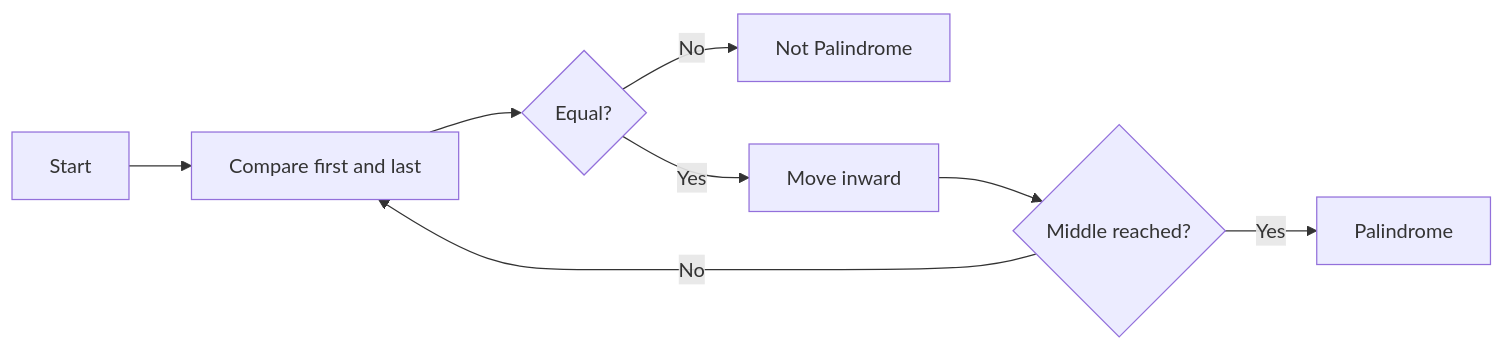
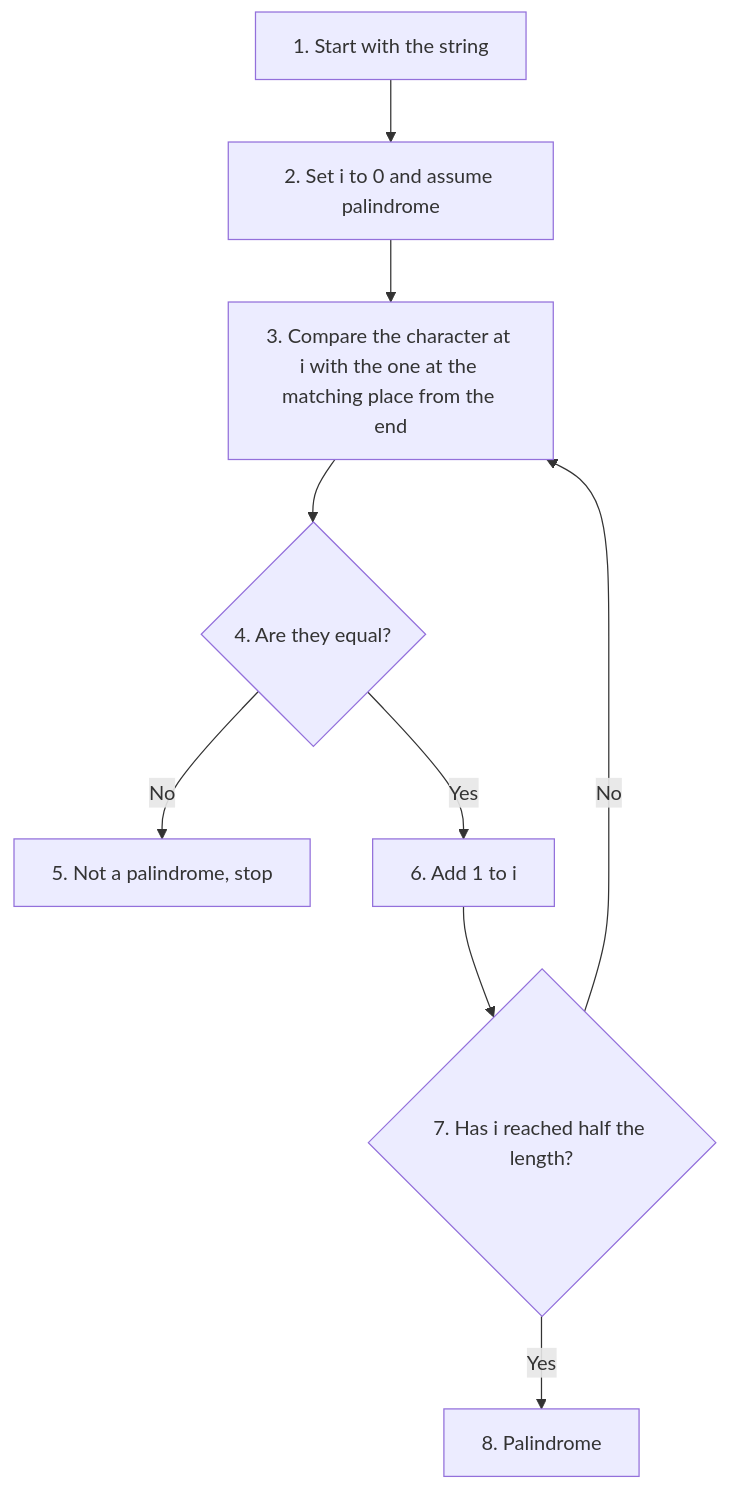
One commit to ag999git/001-mkdocs changed diagram 15 of 18 in docs/17-strings/080-ch17-conceptual-qa.md. Above: the diagram before and after it, drawn with Mermaid. The commit also changed other lines of this file, not shown here.

````diff
--- a/docs/17-strings/080-ch17-conceptual-qa.md
+++ b/docs/17-strings/080-ch17-conceptual-qa.md
@@ -2056,19 +4221,11 @@
 ```mermaid
-flowchart LR
-
-A["Start"]
-
-A --> B["Compare first and last"]
-
-B --> C{"Equal?"}
-
-C -->|No| D["Not Palindrome"]
-
-C -->|Yes| E["Move inward"]
-
-E --> F{"Middle reached?"}
-
-F -->|No| B
-
-F -->|Yes| G["Palindrome"]
+flowchart TD
+    A["1. Start with the string"] --> B["2. Set i to 0 and assume palindrome"]
+    B --> C["3. Compare the character at i with the one at the matching place from the end"]
+    C --> D{"4. Are they equal?"}
+    D -->|"No"| E["5. Not a palindrome, stop"]
+    D -->|"Yes"| F["6. Add 1 to i"]
+    F --> G{"7. Has i reached half the length?"}
+    G -->|"No"| C
+    G -->|"Yes"| H["8. Palindrome"]
 ```
````
